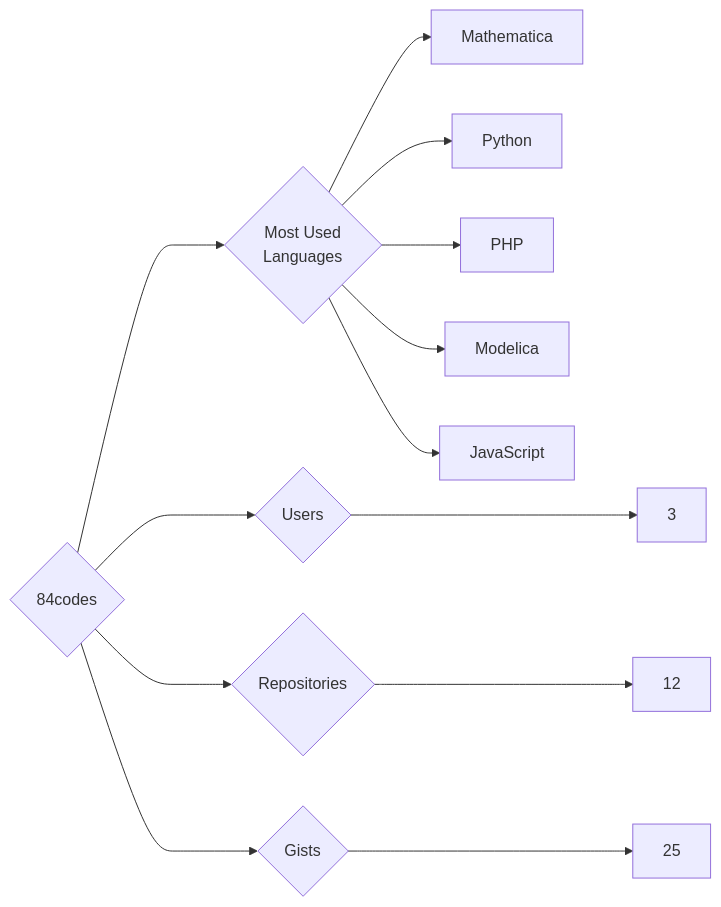
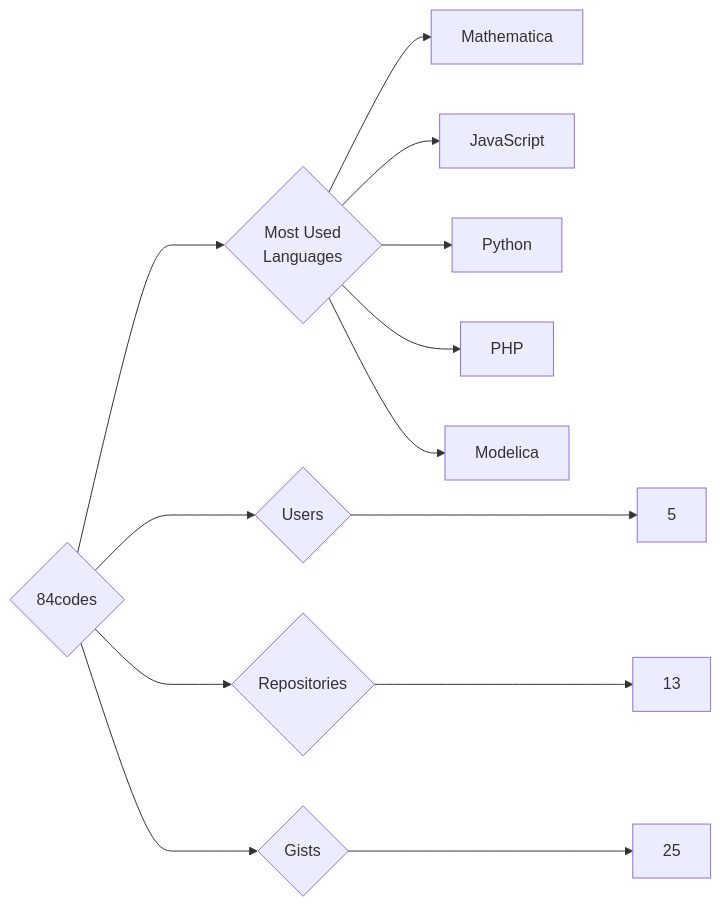
Before and after one commit to trickest/insiders: the diagram in targets/84codes/README.md, drawn with Mermaid. The commit also changed 1123 other files, not shown here.

````diff
--- a/targets/84codes/README.md
+++ b/targets/84codes/README.md
@@ -3,13 +3,13 @@
 ```mermaid
 graph LR
 COMPANY_NAME{84codes}
-COMPANY_NAME ---> U{Users} ---> UN[3]
-COMPANY_NAME ---> R{Repositories} ---> RN[12]
+COMPANY_NAME ---> U{Users} ---> UN[5]
+COMPANY_NAME ---> R{Repositories} ---> RN[13]
 COMPANY_NAME ---> G{Gists} ---> GN[25]
 COMPANY_NAME ---> ML{Most Used<br>Languages}
 ML --> Mathematica[Mathematica]
+ML --> JavaScript[JavaScript]
 ML --> Python[Python]
 ML --> PHP[PHP]
 ML --> Modelica[Modelica]
-ML --> JavaScript[JavaScript]
 ```
````
